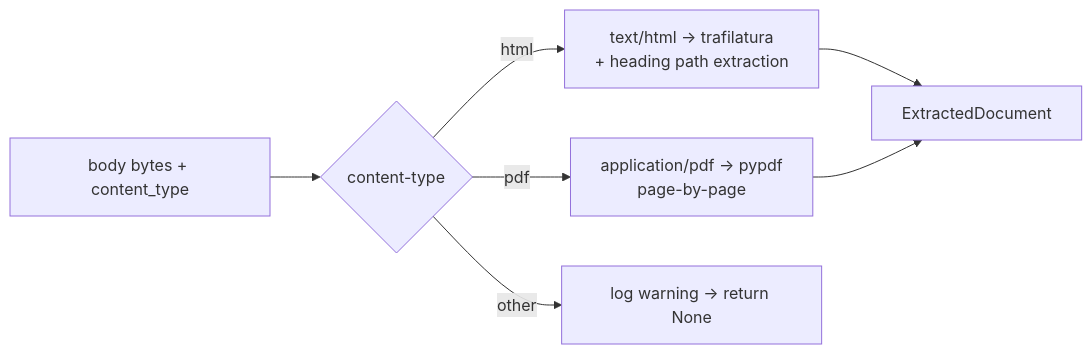
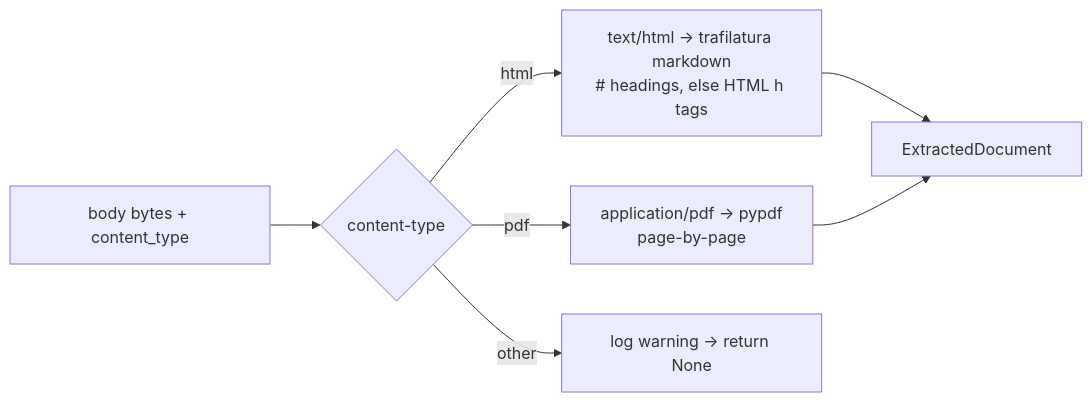
One commit to LaurierCS/locah-ai changed the seventh of 9 diagrams in backend/app/ingest/README.md. Above: the diagram before and after it, drawn with Mermaid. The commit also changed other lines of this file and 5 other files, not shown here.

````diff
--- a/backend/app/ingest/README.md
+++ b/backend/app/ingest/README.md
@@ -208,14 +250,14 @@
 ```mermaid
 flowchart LR
   input["body bytes + content_type"]
   dispatch{"content-type"}
-  html["text/html → trafilatura\n+ heading path extraction"]
+  html["text/html → trafilatura markdown\n# headings, else HTML h tags"]
   pdf["application/pdf → pypdf\npage-by-page"]
   unsupported["log warning → return None"]
   out["ExtractedDocument"]
 
   input --> dispatch
   dispatch -->|html| html --> out
   dispatch -->|pdf| pdf --> out
   dispatch -->|other| unsupported
 ```
````
